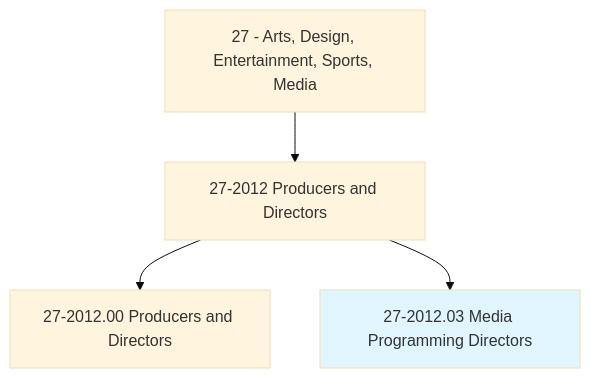
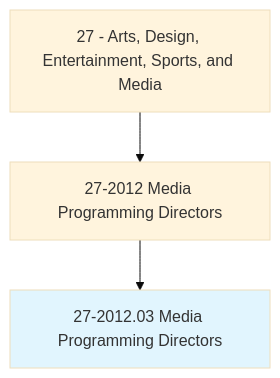
One commit to kziemski/business.org.ai changed the first of 4 diagrams in occupations/ArtsMedia/MediaProgrammingDirectors.mdx. Above: the diagram before and after it, drawn with Mermaid (base theme). The commit also changed other lines of this file and 938 other files, not shown here.

````diff
--- a/occupations/ArtsMedia/MediaProgrammingDirectors.mdx
+++ b/occupations/ArtsMedia/MediaProgrammingDirectors.mdx
@@ -19,7 +23,6 @@
 ```mermaid
 graph TD
-    Cat27["27 - Arts, Design, Entertainment, Sports, Media"] --> Group272012["27-2012 Producers and Directors"]
-    Group272012 --> Base["27-2012.00 Producers and Directors"]
+    Cat27["27 - Arts, Design, Entertainment, Sports, and Media"] --> Group272012["27-2012 Media Programming Directors"]
     Group272012 --> Current["27-2012.03 Media Programming Directors"]
     style Current fill:#e1f5fe
 ```
````
